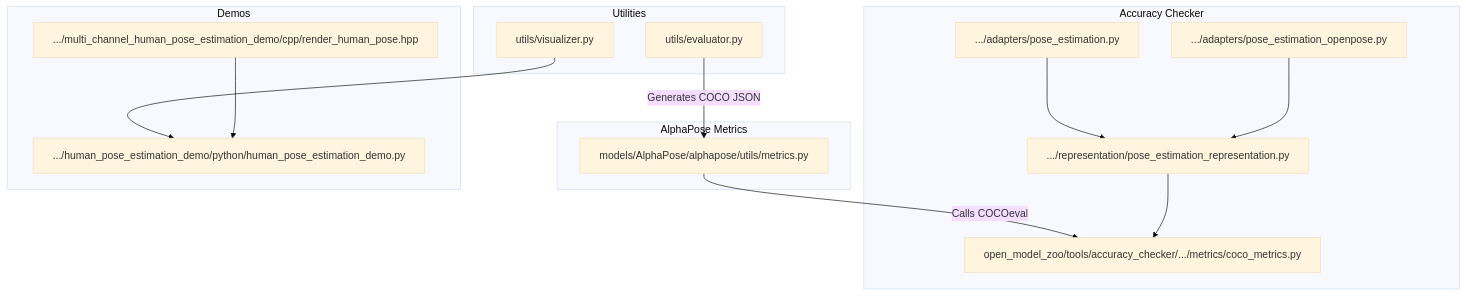
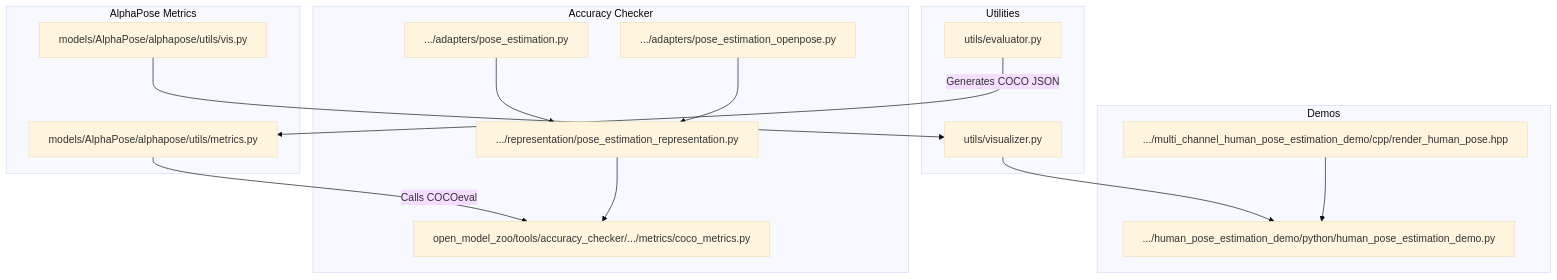
Before and after one commit to Fogus-Gr/MeasurementsDTs: the first of 9 diagrams in .qoder/repowiki/en/content/Monitoring and Analytics/Evaluation Utilities.md, drawn with Mermaid (base theme). The commit also changed other lines of this file and 12 other files, not shown here.

````diff
--- a/.qoder/repowiki/en/content/Monitoring and Analytics/Evaluation Utilities.md
+++ b/.qoder/repowiki/en/content/Monitoring and Analytics/Evaluation Utilities.md
@@ -43,27 +53,29 @@
 ```mermaid
 graph TB
 subgraph "Utilities"
 E["utils/evaluator.py"]
 V["utils/visualizer.py"]
 end
 subgraph "AlphaPose Metrics"
 AM["models/AlphaPose/alphapose/utils/metrics.py"]
+VIS["models/AlphaPose/alphapose/utils/vis.py"]
 end
 subgraph "Accuracy Checker"
 CM["open_model_zoo/tools/accuracy_checker/.../metrics/coco_metrics.py"]
 PR[".../representation/pose_estimation_representation.py"]
 PA[".../adapters/pose_estimation.py"]
 PO[".../adapters/pose_estimation_openpose.py"]
 end
 subgraph "Demos"
 HD[".../human_pose_estimation_demo/python/human_pose_estimation_demo.py"]
 RH[".../multi_channel_human_pose_estimation_demo/cpp/render_human_pose.hpp"]
 end
 E --> |"Generates COCO JSON"| AM
 AM --> |"Calls COCOeval"| CM
 PR --> CM
 PA --> PR
 PO --> PR
 V --> HD
 RH --> HD
+VIS --> V
 ```
````
